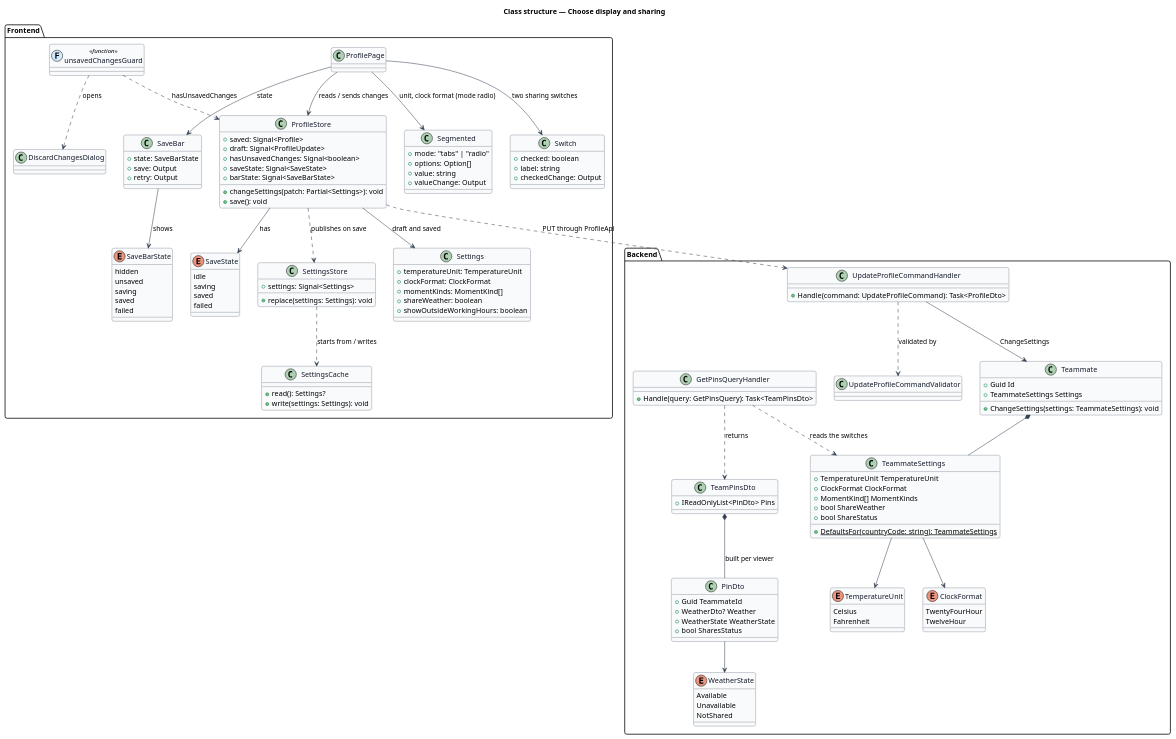
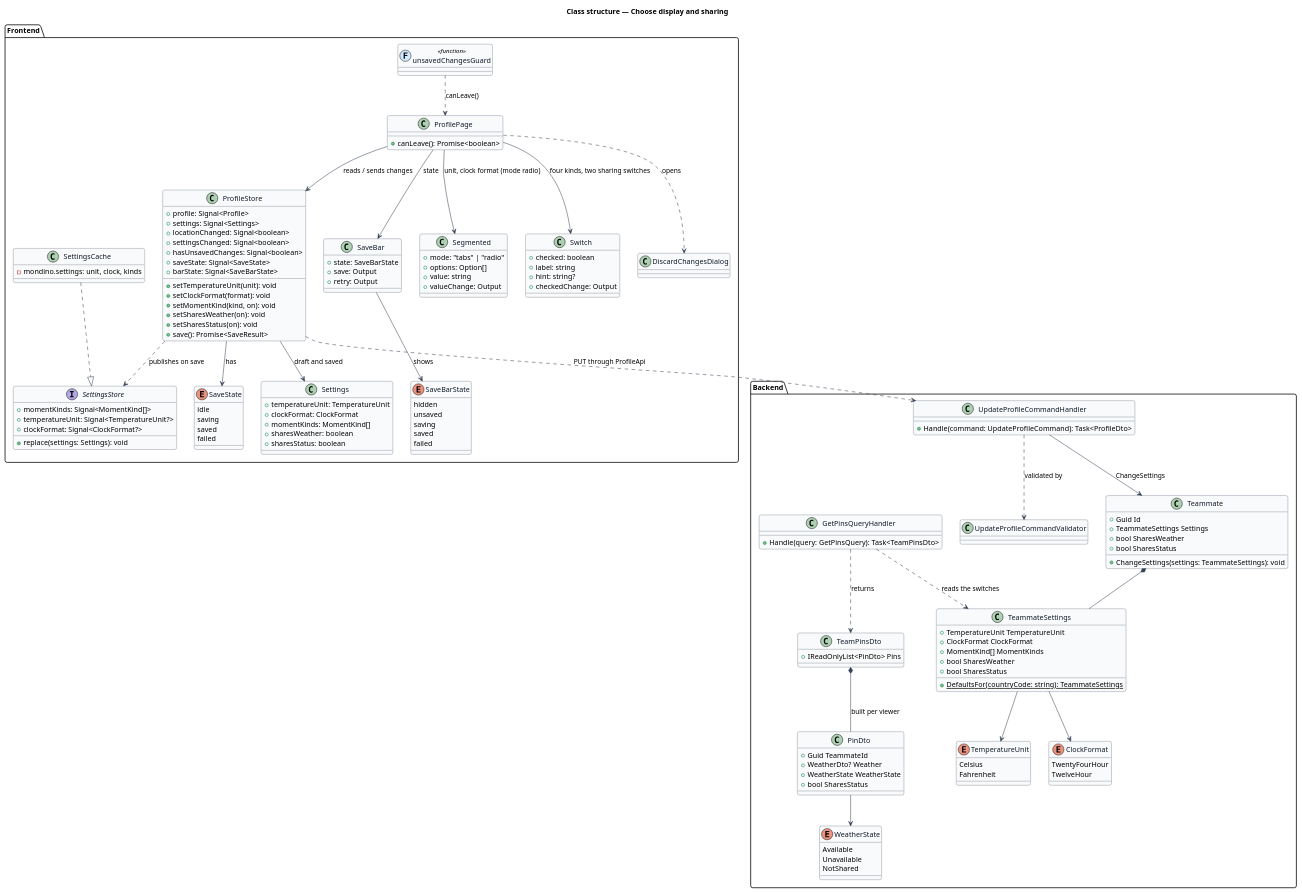
One commit to QuinntyneBrown/Mondino changed the diagram in docs/detailed-designs/profile/choose-display-and-sharing/diagrams/class-structure.puml. Above: the diagram before and after it, drawn with PlantUML. The commit also changed 13 other files, not shown here.

```diff
--- a/docs/detailed-designs/profile/choose-display-and-sharing/diagrams/class-structure.puml
+++ b/docs/detailed-designs/profile/choose-display-and-sharing/diagrams/class-structure.puml
@@ -1,139 +1,151 @@
 @startuml
 skinparam backgroundColor #FFFFFF
 skinparam shadowing false
 skinparam roundcorner 8
 skinparam defaultFontName Arial
 skinparam ArrowColor #344054
 skinparam class {
   BorderColor #344054
   FontColor #101828
   BackgroundColor #F9FAFB
 }
 title Class structure — Choose display and sharing
 
 package "Frontend" {
   class ProfileStore {
-    +saved: Signal<Profile>
-    +draft: Signal<ProfileUpdate>
+    +profile: Signal<Profile>
+    +settings: Signal<Settings>
+    +locationChanged: Signal<boolean>
+    +settingsChanged: Signal<boolean>
     +hasUnsavedChanges: Signal<boolean>
     +saveState: Signal<SaveState>
     +barState: Signal<SaveBarState>
-    +changeSettings(patch: Partial<Settings>): void
-    +save(): void
+    +setTemperatureUnit(unit): void
+    +setClockFormat(format): void
+    +setMomentKind(kind, on): void
+    +setSharesWeather(on): void
+    +setSharesStatus(on): void
+    +save(): Promise<SaveResult>
   }
   enum SaveState {
     idle
     saving
     saved
     failed
   }
   enum SaveBarState {
     hidden
     unsaved
     saving
     saved
     failed
   }
   class SaveBar {
     +state: SaveBarState
     +save: Output
     +retry: Output
   }
   class Segmented {
     +mode: "tabs" | "radio"
     +options: Option[]
     +value: string
     +valueChange: Output
   }
   class Switch {
     +checked: boolean
     +label: string
+    +hint: string?
     +checkedChange: Output
   }
-  class ProfilePage
+  class ProfilePage {
+    +canLeave(): Promise<boolean>
+  }
   class DiscardChangesDialog
   class unsavedChangesGuard << (F,#D1E9FF) function >>
-  class SettingsStore {
-    +settings: Signal<Settings>
+  interface SettingsStore {
+    +momentKinds: Signal<MomentKind[]>
+    +temperatureUnit: Signal<TemperatureUnit?>
+    +clockFormat: Signal<ClockFormat?>
     +replace(settings: Settings): void
   }
   class SettingsCache {
-    +read(): Settings?
-    +write(settings: Settings): void
+    -mondino.settings: unit, clock, kinds
   }
   class Settings {
     +temperatureUnit: TemperatureUnit
     +clockFormat: ClockFormat
     +momentKinds: MomentKind[]
-    +shareWeather: boolean
-    +showOutsideWorkingHours: boolean
+    +sharesWeather: boolean
+    +sharesStatus: boolean
   }
 }
 
 package "Backend" {
   class UpdateProfileCommandHandler {
     +Handle(command: UpdateProfileCommand): Task<ProfileDto>
   }
   class UpdateProfileCommandValidator
   class GetPinsQueryHandler {
     +Handle(query: GetPinsQuery): Task<TeamPinsDto>
   }
   class Teammate {
     +Guid Id
     +TeammateSettings Settings
+    +bool SharesWeather
+    +bool SharesStatus
     +ChangeSettings(settings: TeammateSettings): void
   }
   class TeammateSettings {
     +TemperatureUnit TemperatureUnit
     +ClockFormat ClockFormat
     +MomentKind[] MomentKinds
-    +bool ShareWeather
-    +bool ShareStatus
+    +bool SharesWeather
+    +bool SharesStatus
     +{static} DefaultsFor(countryCode: string): TeammateSettings
   }
   enum TemperatureUnit {
     Celsius
     Fahrenheit
   }
   enum ClockFormat {
     TwentyFourHour
     TwelveHour
   }
   class PinDto {
     +Guid TeammateId
     +WeatherDto? Weather
     +WeatherState WeatherState
     +bool SharesStatus
   }
   enum WeatherState {
     Available
     Unavailable
     NotShared
   }
   class TeamPinsDto {
     +IReadOnlyList<PinDto> Pins
   }
 }
 
 ProfilePage --> ProfileStore : reads / sends changes
 ProfilePage --> SaveBar : state
 ProfilePage --> Segmented : unit, clock format (mode radio)
-ProfilePage --> Switch : two sharing switches
+ProfilePage --> Switch : four kinds, two sharing switches
 ProfileStore --> SaveState : has
 SaveBar --> SaveBarState : shows
 ProfileStore --> Settings : draft and saved
 ProfileStore ..> SettingsStore : publishes on save
-SettingsStore ..> SettingsCache : starts from / writes
-unsavedChangesGuard ..> ProfileStore : hasUnsavedChanges
-unsavedChangesGuard ..> DiscardChangesDialog : opens
+SettingsCache ..|> SettingsStore
+unsavedChangesGuard ..> ProfilePage : canLeave()
+ProfilePage ..> DiscardChangesDialog : opens
 ProfileStore ..> UpdateProfileCommandHandler : PUT through ProfileApi
 UpdateProfileCommandHandler ..> UpdateProfileCommandValidator : validated by
 UpdateProfileCommandHandler --> Teammate : ChangeSettings
 Teammate *-- TeammateSettings
 TeammateSettings --> TemperatureUnit
 TeammateSettings --> ClockFormat
 GetPinsQueryHandler ..> TeammateSettings : reads the switches
 GetPinsQueryHandler ..> TeamPinsDto : returns
 TeamPinsDto *-- PinDto : built per viewer
 PinDto --> WeatherState
 @enduml
```
